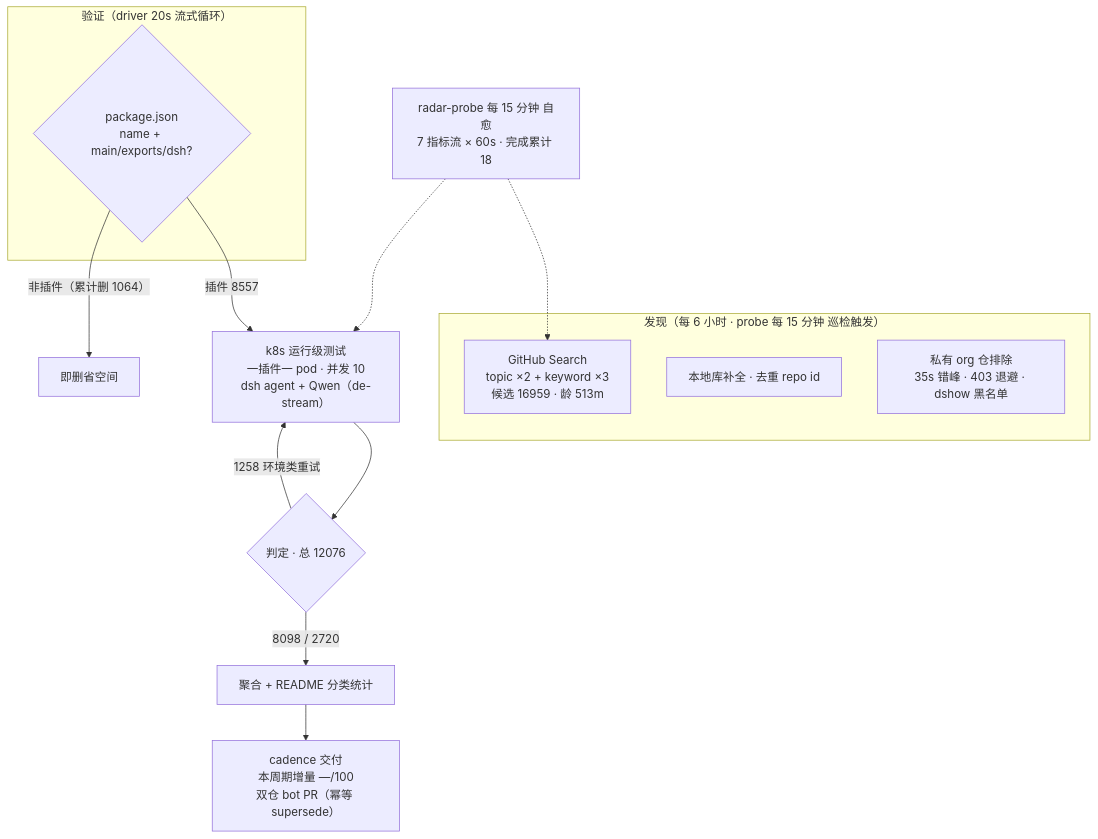
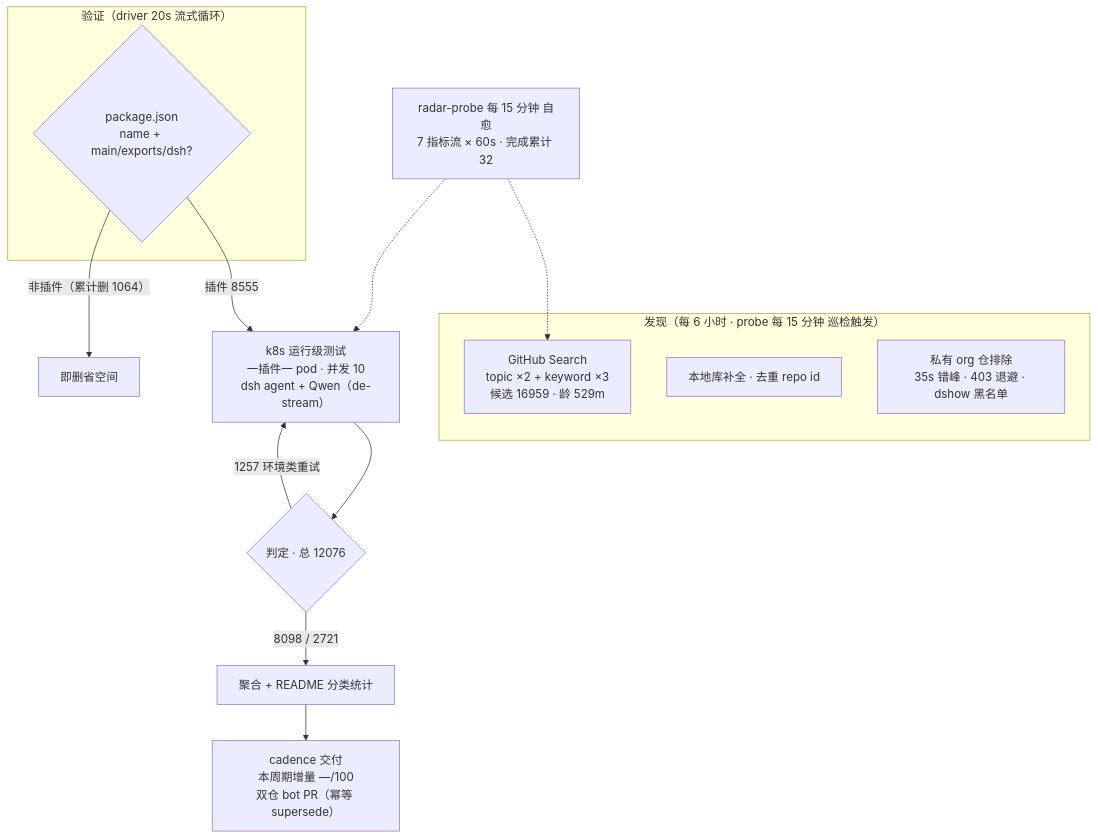
The diagram in README.md (Zhidao-Lab-OSS/awesome-dsh-plugins), drawn with Mermaid before and after one commit. The commit also changed other lines of this file and 1 other file, not shown here.

````diff
--- a/README.md
+++ b/README.md
@@ -52,20 +52,20 @@
 ```mermaid
 flowchart TB
     subgraph Discovery["发现（每 6 小时 · probe 每 15 分钟 巡检触发）"]
-        A1["GitHub Search<br/>topic ×2 + keyword ×3<br/>候选 16959 · 龄 513m"]
+        A1["GitHub Search<br/>topic ×2 + keyword ×3<br/>候选 16959 · 龄 529m"]
         A2["本地库补全 · 去重 repo id"]
         A3["私有 org 仓排除<br/>35s 错峰 · 403 退避 · dshow 黑名单"]
     end
     subgraph Validation["验证（driver 20s 流式循环）"]
         B1{"package.json<br/>name + main/exports/dsh?"}
     end
-    B1 -->|"插件 8557"| C1["k8s 运行级测试<br/>一插件一 pod · 并发 10<br/>dsh agent + Qwen（de-stream）"]
+    B1 -->|"插件 8555"| C1["k8s 运行级测试<br/>一插件一 pod · 并发 10<br/>dsh agent + Qwen（de-stream）"]
     B1 -->|"非插件（累计删 1064）"| B3["即删省空间"]
     C1 --> D1{"判定 · 总 12076"}
-    D1 -->|"8098 / 2720"| E1["聚合 + README 分类统计"]
-    D1 -->|"1258 环境类重试"| C1
+    D1 -->|"8098 / 2721"| E1["聚合 + README 分类统计"]
+    D1 -->|"1257 环境类重试"| C1
     E1 --> E2["cadence 交付<br/>本周期增量 —/100<br/>双仓 bot PR（幂等 supersede）"]
-    M["radar-probe 每 15 分钟 自愈<br/>7 指标流 × 60s · 完成累计 18"]
+    M["radar-probe 每 15 分钟 自愈<br/>7 指标流 × 60s · 完成累计 32"]
     M -.-> A1
     M -.-> C1
 ```
````
